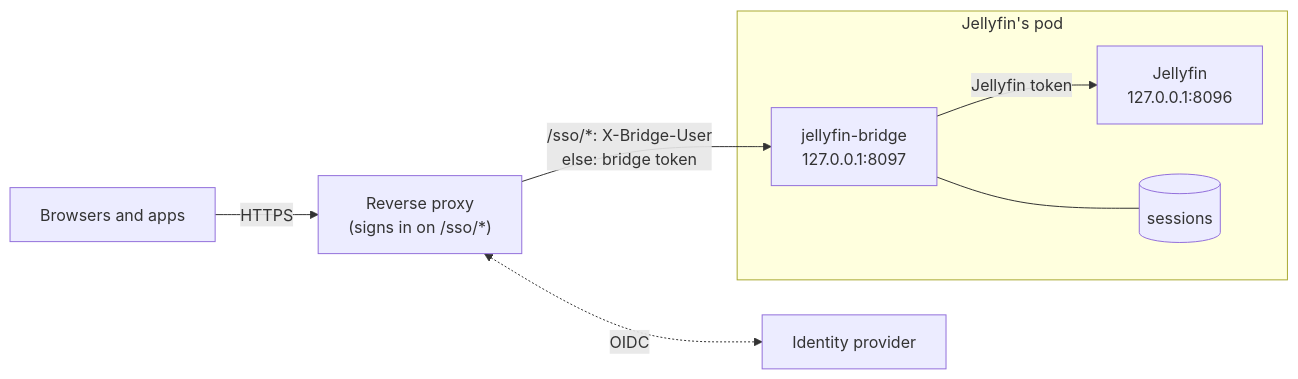
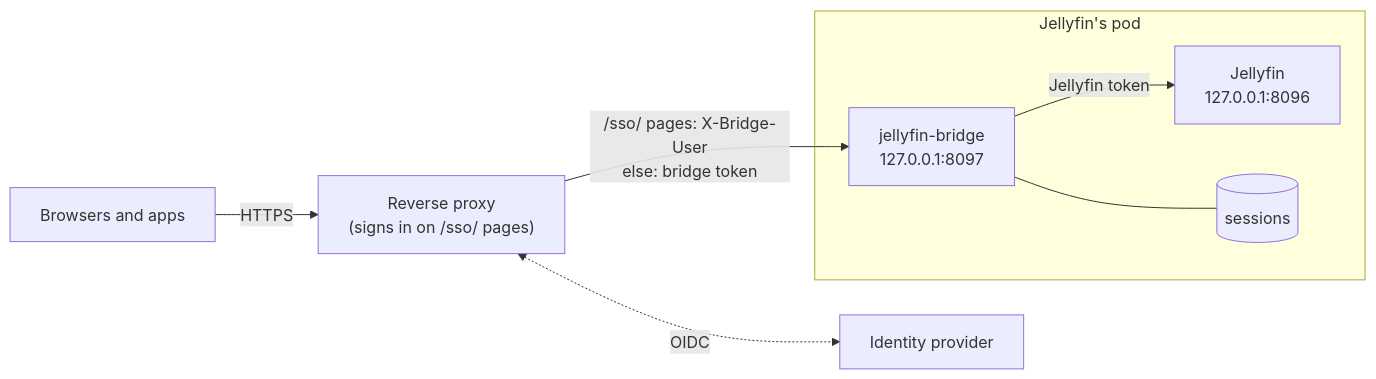
Before and after one commit to pdeslaur/hangar: the diagram in cmd/jellyfin-bridge/README.md, drawn with Mermaid. The commit also changed other lines of this file, not shown here.

First line of the commit message:
docs(jellyfin-bridge): Leave the static files outside the sign-on

````diff
--- a/cmd/jellyfin-bridge/README.md
+++ b/cmd/jellyfin-bridge/README.md
@@ -7,10 +7,10 @@
 ```mermaid
 flowchart LR
-    client["Browsers and apps"] -->|HTTPS| proxy["Reverse proxy<br>(signs in on /sso/*)"]
+    client["Browsers and apps"] -->|HTTPS| proxy["Reverse proxy<br>(signs in on /sso/ pages)"]
     proxy <-.->|OIDC| idp["Identity provider"]
     subgraph pod["Jellyfin's pod"]
         bridge["jellyfin-bridge<br>127.0.0.1:8097"] -->|"Jellyfin token"| jellyfin["Jellyfin<br>127.0.0.1:8096"]
         bridge --- state[("sessions")]
     end
-    proxy -->|"/sso/*: X-Bridge-User<br>else: bridge token"| bridge
+    proxy -->|"/sso/ pages: X-Bridge-User<br>else: bridge token"| bridge
 ```
````
